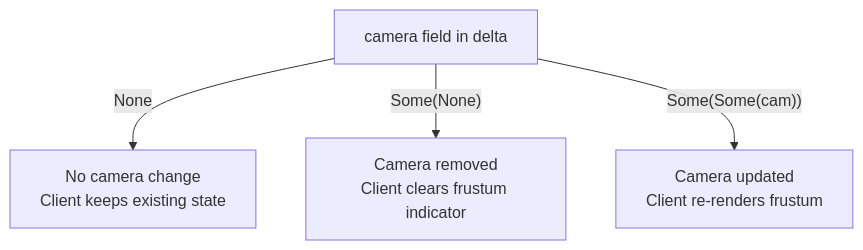
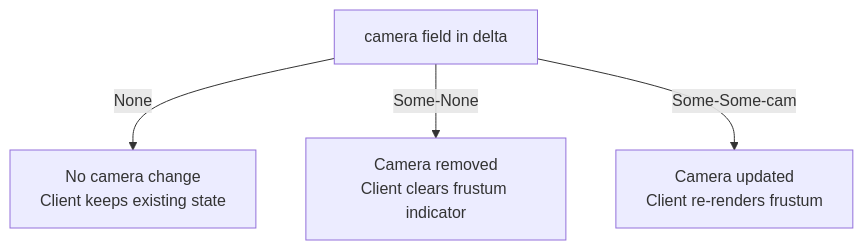
One commit to Far-Beyond-Pulsar/docs changed the second of 4 diagrams in public/docs/core-concepts/Helio/live-portal.md. Above: the diagram before and after it, drawn with Mermaid. The commit also changed other lines of this file and 11 other files, not shown here.

````diff
--- a/public/docs/core-concepts/Helio/live-portal.md
+++ b/public/docs/core-concepts/Helio/live-portal.md
@@ -402,7 +402,7 @@
 ```mermaid
 flowchart TD
     A["camera field in delta"]
-    A -->|"None"| B["No camera change\nClient keeps existing state"]
-    A -->|"Some(None)"| C["Camera removed\nClient clears frustum indicator"]
-    A -->|"Some(Some(cam))"| D["Camera updated\nClient re-renders frustum"]
+    A -->|None| B["No camera change\nClient keeps existing state"]
+    A -->|Some-None| C["Camera removed\nClient clears frustum indicator"]
+    A -->|Some-Some-cam| D["Camera updated\nClient re-renders frustum"]
 ```
````
